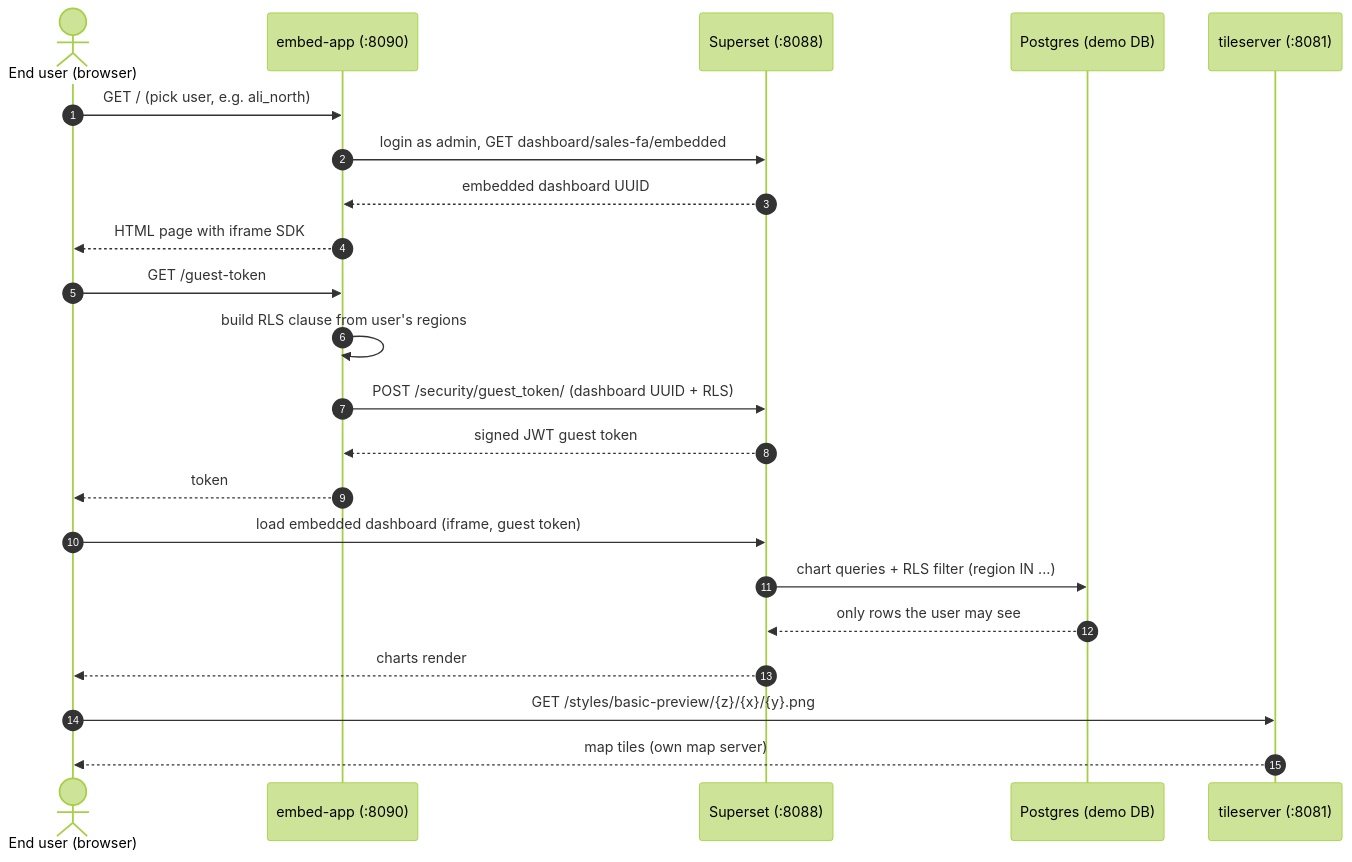
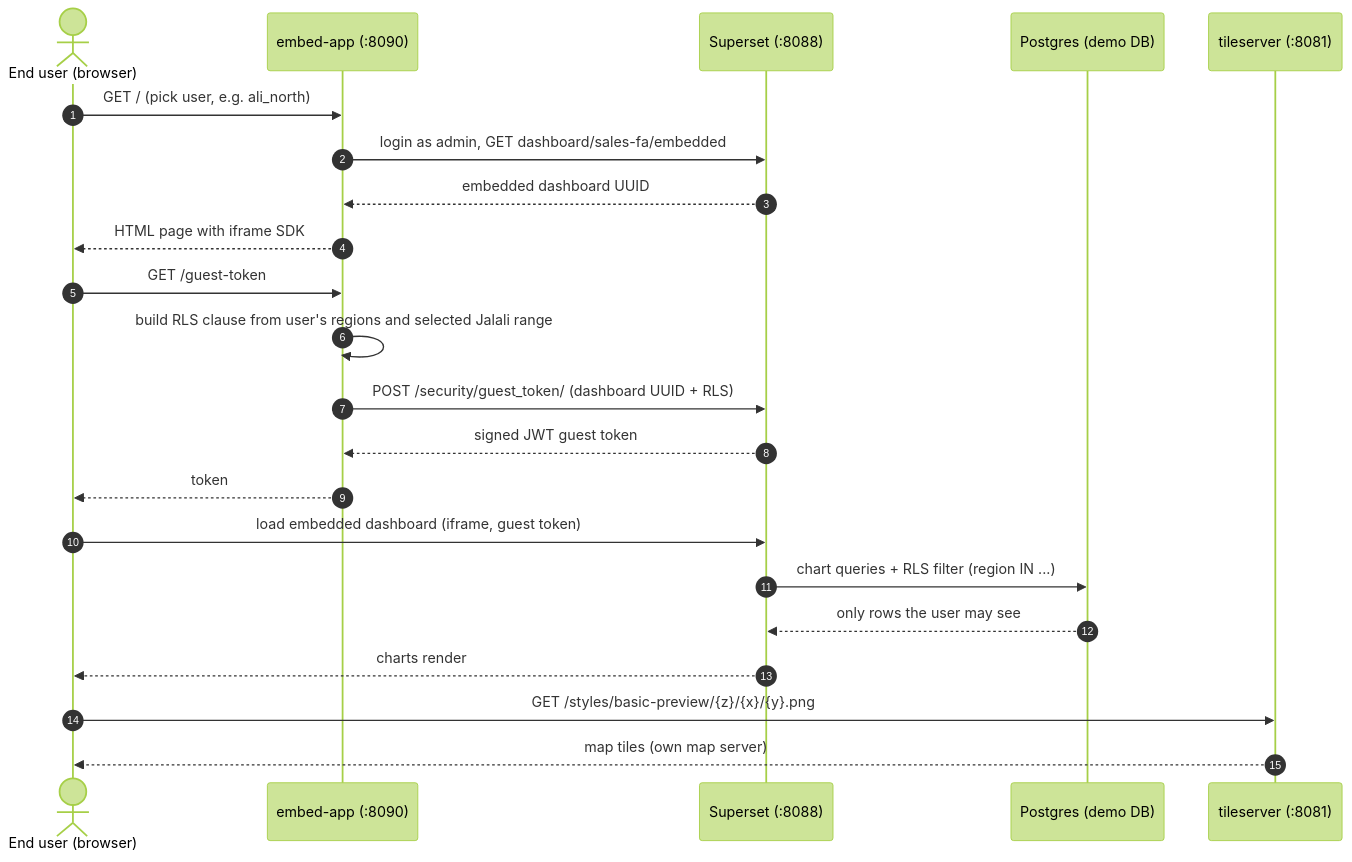
Before and after one commit to alip990/superset-demo: the second of 2 diagrams in README.md, drawn with Mermaid (forest theme). The commit also changed other lines of this file, not shown here.

Commit message:
docs: explain Jalali datasets and server deployment

````diff
--- a/README.md
+++ b/README.md
@@ -57,27 +57,27 @@
 ```mermaid
 sequenceDiagram
     autonumber
     actor U as End user (browser)
     participant EA as embed-app (:8090)
     participant SS as Superset (:8088)
     participant PG as Postgres (demo DB)
     participant TS as tileserver (:8081)
 
     U->>EA: GET / (pick user, e.g. ali_north)
     EA->>SS: login as admin, GET dashboard/sales-fa/embedded
     SS-->>EA: embedded dashboard UUID
     EA-->>U: HTML page with iframe SDK
 
     U->>EA: GET /guest-token
-    EA->>EA: build RLS clause from user's regions
+    EA->>EA: build RLS clause from user's regions and selected Jalali range
     EA->>SS: POST /security/guest_token/ (dashboard UUID + RLS)
     SS-->>EA: signed JWT guest token
     EA-->>U: token
 
     U->>SS: load embedded dashboard (iframe, guest token)
     SS->>PG: chart queries + RLS filter (region IN ...)
     PG-->>SS: only rows the user may see
     SS-->>U: charts render
     U->>TS: GET /styles/basic-preview/{z}/{x}/{y}.png
     TS-->>U: map tiles (own map server)
 ```
````
